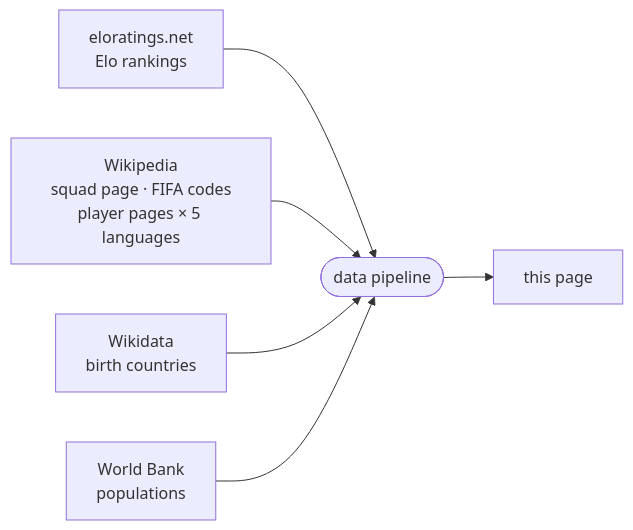
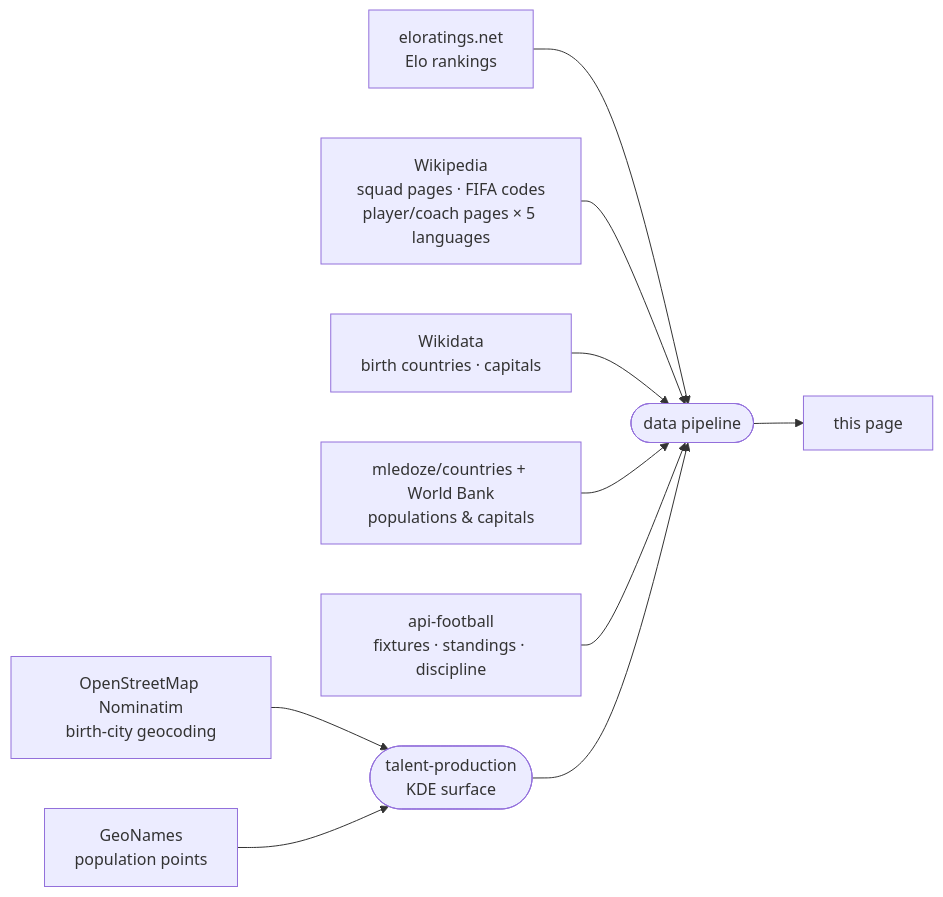
Before and after one commit to born-in-plays-for/mundial: the diagram in guide/built/de-map.md, drawn with Mermaid. The commit also changed other lines of this file and 8 other files, not shown here.

````diff
--- a/guide/built/de-map.md
+++ b/guide/built/de-map.md
@@ -434,8 +456,12 @@
 ```mermaid
 flowchart LR
   ELO["eloratings.net\nElo rankings"] --> P
-  WP["Wikipedia\nsquad page · FIFA codes\nplayer pages × 5 languages"] --> P
-  WD["Wikidata\nbirth countries"] --> P
-  WB["World Bank\npopulations"] --> P
+  WP["Wikipedia\nsquad pages · FIFA codes\nplayer/coach pages × 5 languages"] --> P
+  WD["Wikidata\nbirth countries · capitals"] --> P
+  CTY["mledoze/countries + World Bank\npopulations & capitals"] --> P
+  AF["api-football\nfixtures · standings · discipline"] --> P
+  OSM["OpenStreetMap Nominatim\nbirth-city geocoding"] --> KDE
+  GEO["GeoNames\npopulation points"] --> KDE
+  KDE(["talent-production\nKDE surface"]) --> P
   P(["data pipeline"]) --> M["this page"]
 ```
````
